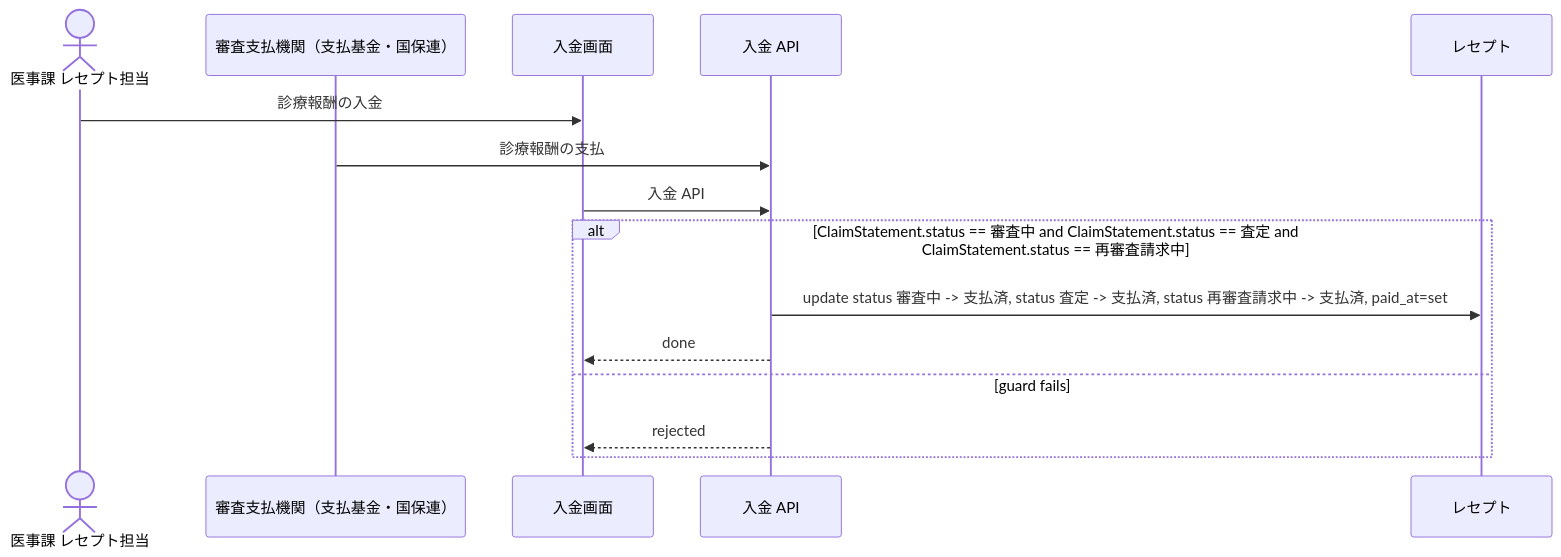
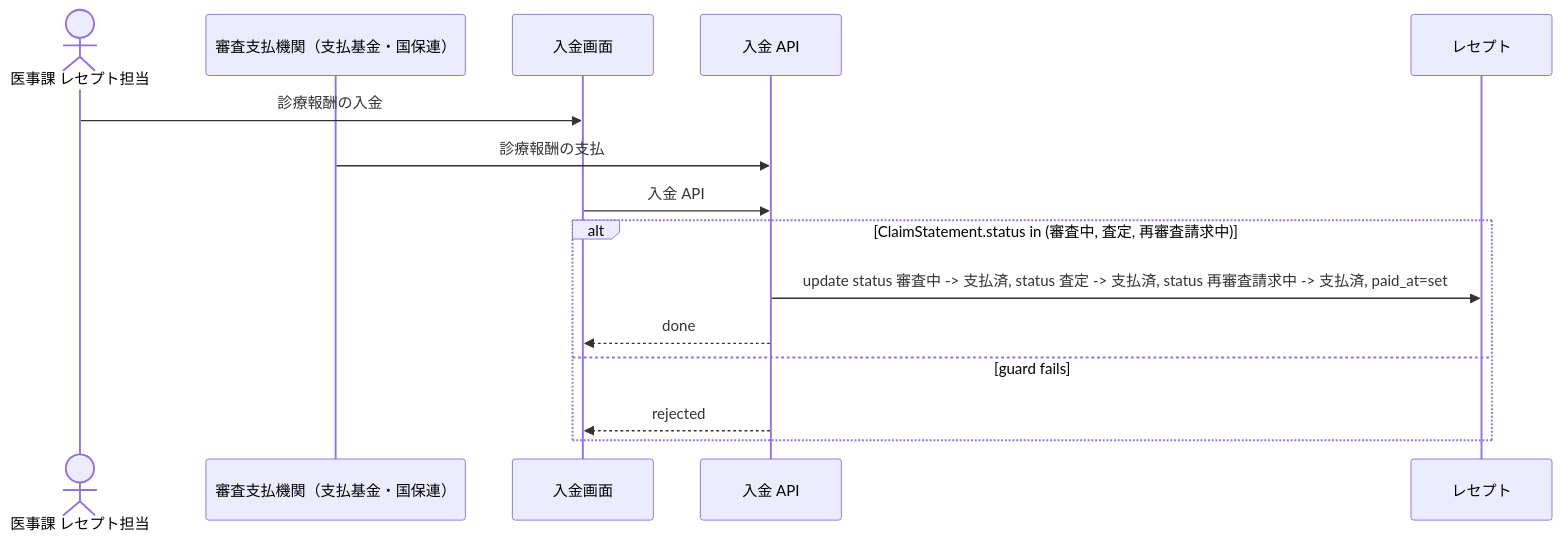
Before and after one commit to manji-0/rdra-ish-dsl: the diagram in samples/clinic-ops/out/uc/sequence_PostPayment.mmd, drawn with Mermaid. The commit also changed 27 other files, not shown here.

```diff
--- a/samples/clinic-ops/out/uc/sequence_PostPayment.mmd
+++ b/samples/clinic-ops/out/uc/sequence_PostPayment.mmd
@@ -1,18 +1,18 @@
 %% rdra-ish diagram=sequence scope=usecase:PostPayment model=samples/clinic-ops
 %% kinds: actor extsystem screen api entity
 %% omitted: buc step medium permission event
 sequenceDiagram
   actor actor__ClaimsClerk as 医事課 レセプト担当
   participant extsystem__ClaimsReviewOrganization as 審査支払機関（支払基金・国保連）
   participant screen__PaymentPostingScreen as 入金画面
   participant api__PaymentPostApi as 入金 API
   participant entity__ClaimStatement as レセプト
   actor__ClaimsClerk ->> screen__PaymentPostingScreen: 診療報酬の入金
   extsystem__ClaimsReviewOrganization ->> api__PaymentPostApi: 診療報酬の支払
   screen__PaymentPostingScreen ->> api__PaymentPostApi: 入金 API
-  alt ClaimStatement.status == 審査中 and ClaimStatement.status == 査定 and ClaimStatement.status == 再審査請求中
+  alt ClaimStatement.status in (審査中, 査定, 再審査請求中)
     api__PaymentPostApi ->> entity__ClaimStatement: update status 審査中 -> 支払済, status 査定 -> 支払済, status 再審査請求中 -> 支払済, paid_at=set
     api__PaymentPostApi -->> screen__PaymentPostingScreen: done
   else guard fails
     api__PaymentPostApi -->> screen__PaymentPostingScreen: rejected
   end
```
